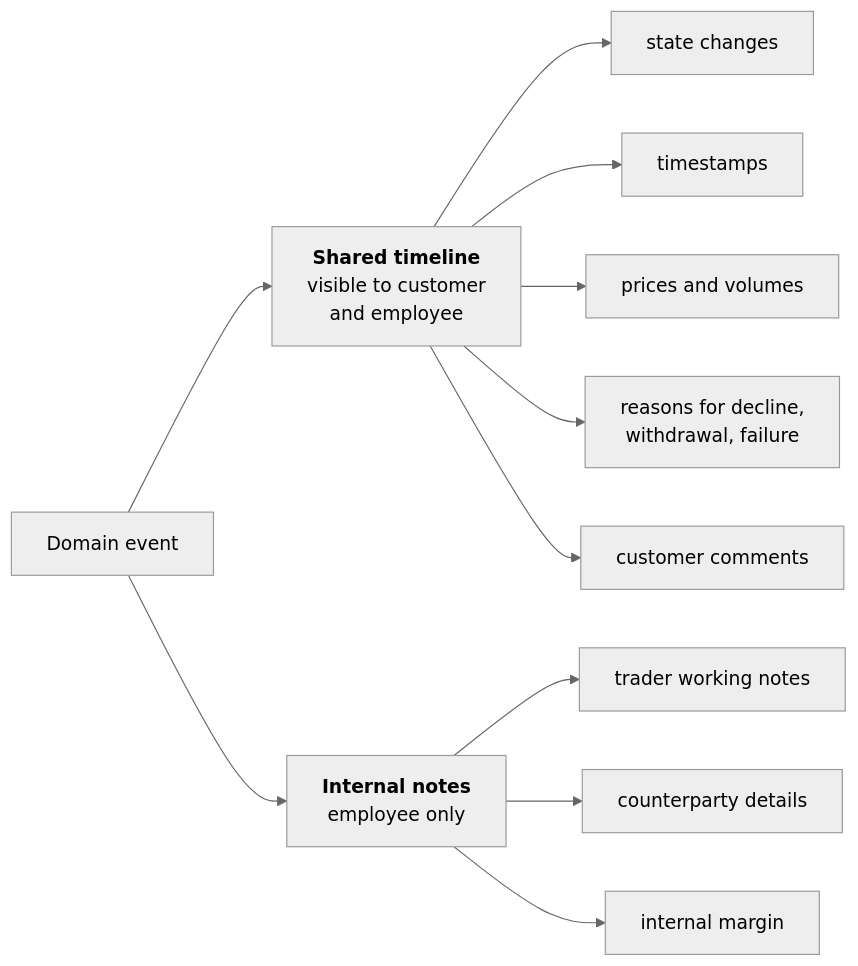
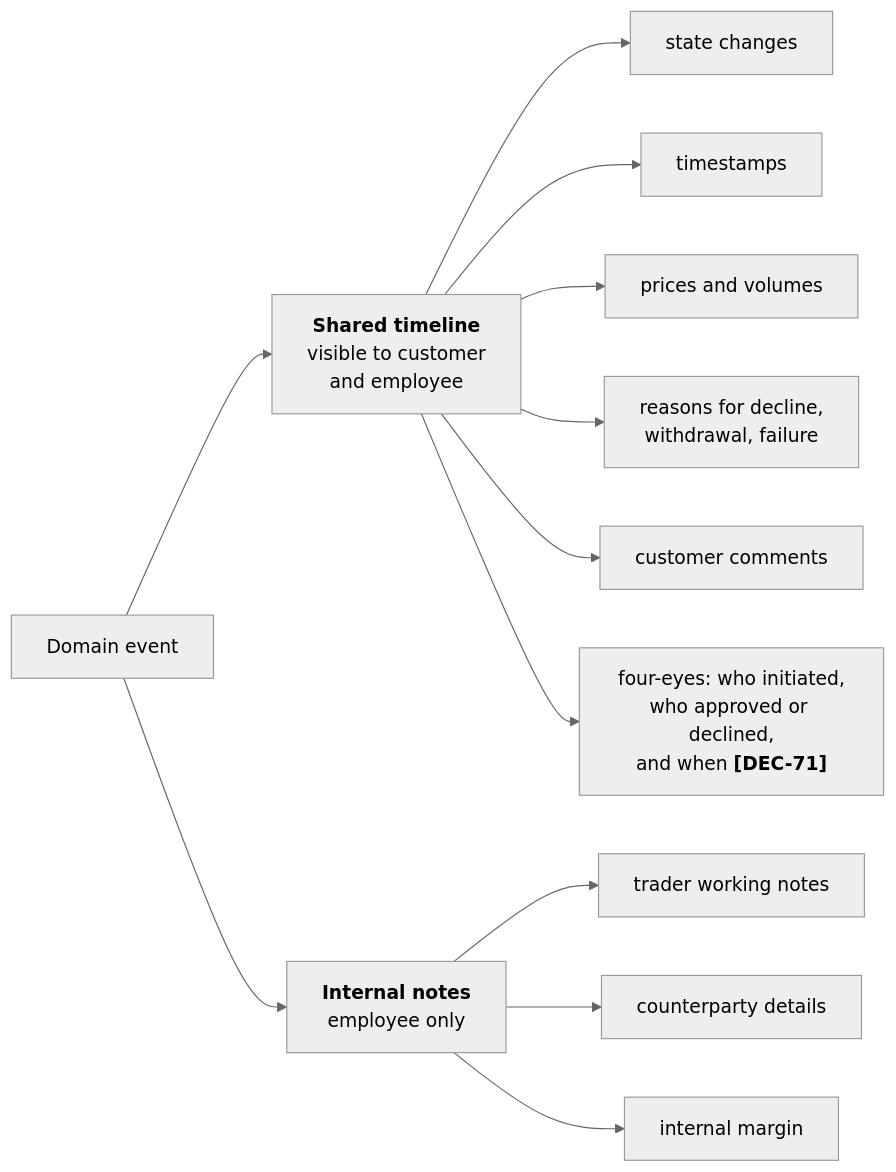
One commit to lukastosic-ifd/peakpowerspecs changed the diagram in specs/10-features/F15-audit-and-observability.md. Above: the diagram before and after it, drawn with Mermaid (neutral theme). The commit also changed other lines of this file and 66 other files, not shown here.

````diff
--- a/specs/10-features/F15-audit-and-observability.md
+++ b/specs/10-features/F15-audit-and-observability.md
@@ -39,16 +52,17 @@
 ```mermaid
 flowchart LR
     E["Domain event"]
     E --> SHARED["<b>Shared timeline</b><br/>visible to customer<br/>and employee"]
     E --> INTERNAL["<b>Internal notes</b><br/>employee only"]
 
     SHARED --> S1["state changes"]
     SHARED --> S2["timestamps"]
     SHARED --> S3["prices and volumes"]
     SHARED --> S4["reasons for decline,<br/>withdrawal, failure"]
     SHARED --> S5["customer comments"]
+    SHARED --> S6["four-eyes: who initiated,<br/>who approved or declined,<br/>and when <b>[DEC-71]</b>"]
 
     INTERNAL --> I1["trader working notes"]
     INTERNAL --> I2["counterparty details"]
     INTERNAL --> I3["internal margin"]
 ```
````
